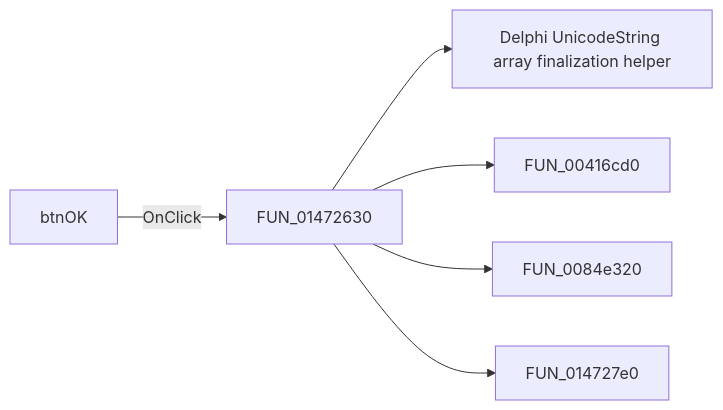
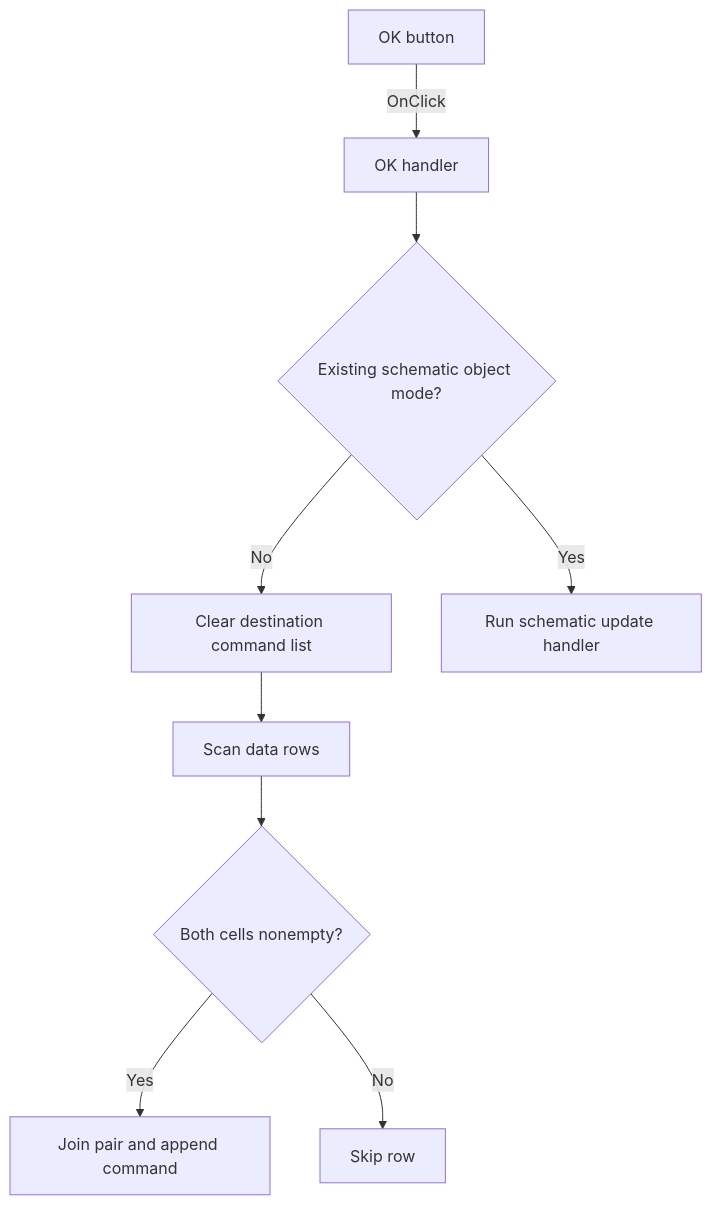
The diagram in docs/ui-controls/spicecommandeditor/btnok-cc635c7e0d.md (MovGP0/TIARA), drawn with Mermaid before and after one commit. The commit also changed other lines of this file and 1062 other files, not shown here.

````diff
--- a/docs/ui-controls/spicecommandeditor/btnok-cc635c7e0d.md
+++ b/docs/ui-controls/spicecommandeditor/btnok-cc635c7e0d.md
@@ -27,8 +27,11 @@
 ```mermaid
-flowchart LR
-    control["btnOK"] -->|OnClick| handler["FUN_01472630"]
-    handler --> call1["Delphi UnicodeString array finalization helper"]
-    handler --> call2["FUN_00416cd0"]
-    handler --> call3["FUN_0084e320"]
-    handler --> call4["FUN_014727e0"]
+flowchart TD
+    control["OK button"] -->|"OnClick"| handler["OK handler"]
+    handler --> mode{"Existing schematic object mode?"}
+    mode -->|"No"| clear["Clear destination command list"]
+    clear --> rows["Scan data rows"]
+    rows --> complete{"Both cells nonempty?"}
+    complete -->|"Yes"| append["Join pair and append command"]
+    complete -->|"No"| skip["Skip row"]
+    mode -->|"Yes"| place["Run schematic update handler"]
 ```
````
